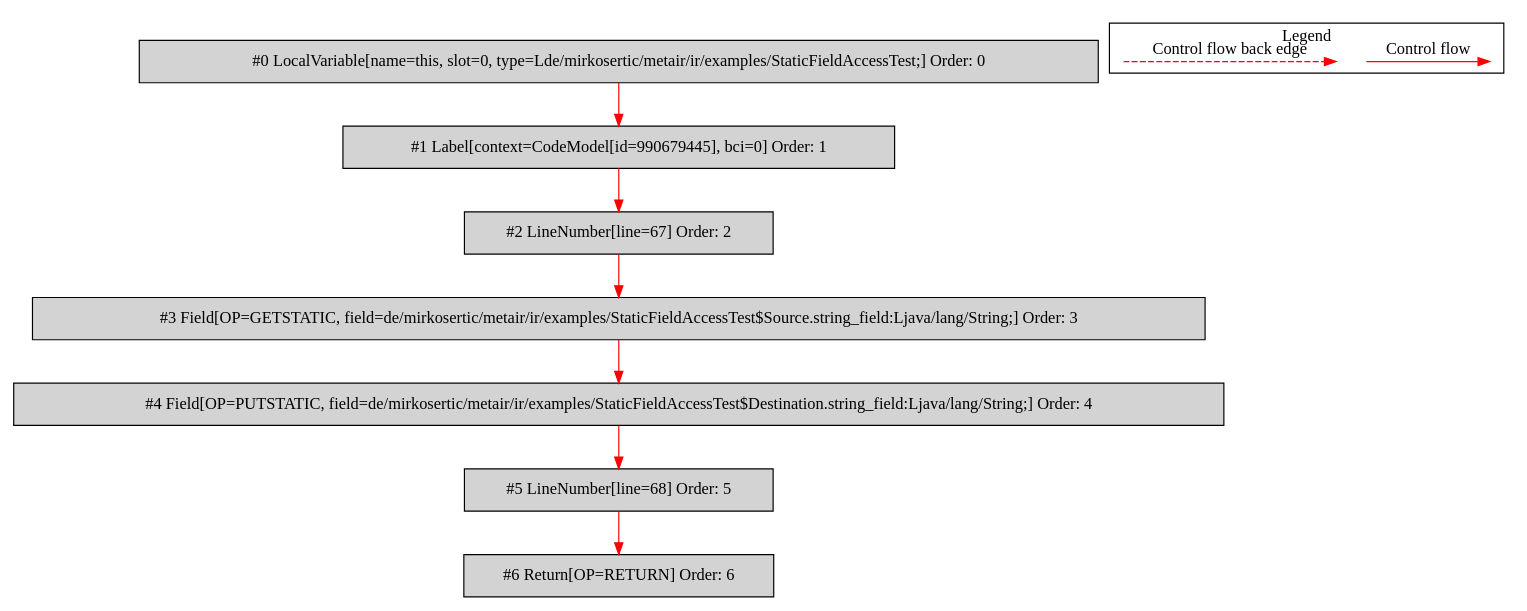
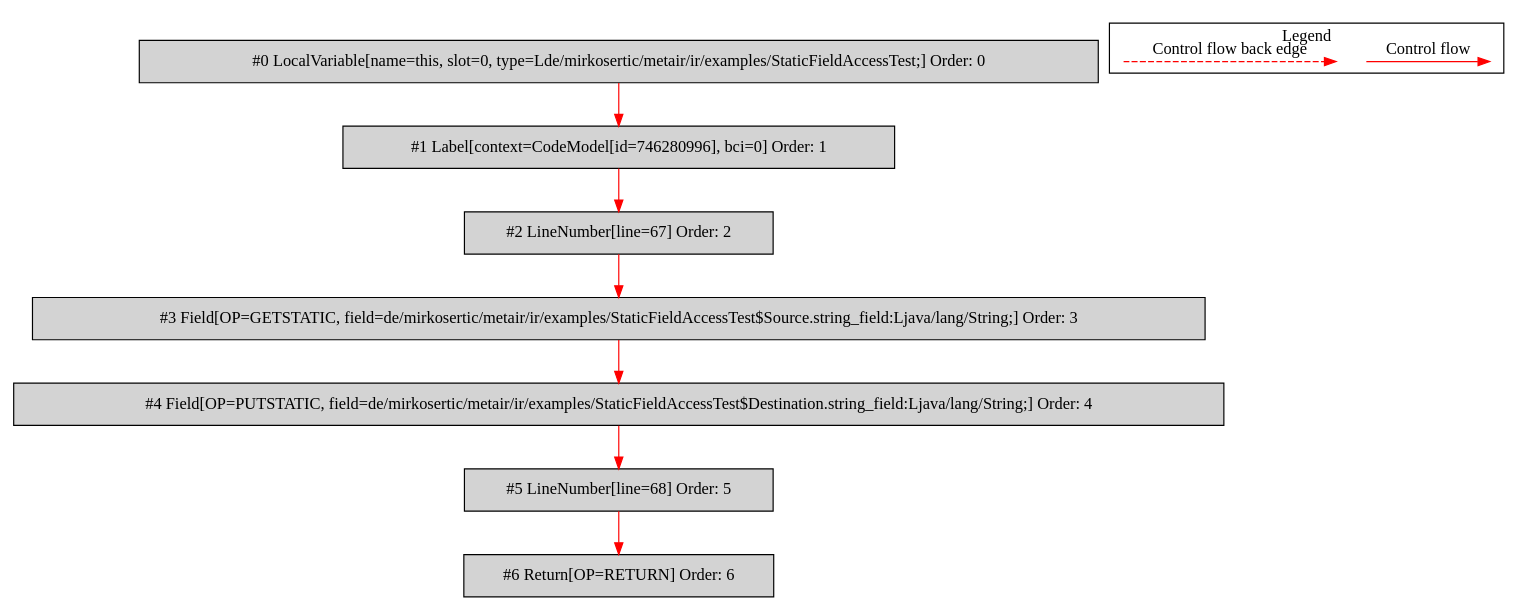
The diagram in de.mirkosertic.metair.ir.examples.StaticFieldAccessTest/copy_string/bytecodecfg.dot (mirkosertic/MetaIR), drawn with Graphviz before and after one commit. The commit also changed 868 other files, not shown here.

```diff
--- a/de.mirkosertic.metair.ir.examples.StaticFieldAccessTest/copy_string/bytecodecfg.dot
+++ b/de.mirkosertic.metair.ir.examples.StaticFieldAccessTest/copy_string/bytecodecfg.dot
@@ -1,30 +1,30 @@
 digraph {
  ordering="in";
  node0[label="#0 LocalVariable[name=this, slot=0, type=Lde/mirkosertic/metair/ir/examples/StaticFieldAccessTest;] Order: 0", shape=box, fillcolor=lightgrey, style=filled];
- node1[label="#1 Label[context=CodeModel[id=990679445], bci=0] Order: 1", shape=box, fillcolor=lightgrey, style=filled];
+ node1[label="#1 Label[context=CodeModel[id=746280996], bci=0] Order: 1", shape=box, fillcolor=lightgrey, style=filled];
  node2[label="#2 LineNumber[line=67] Order: 2", shape=box, fillcolor=lightgrey, style=filled];
  node3[label="#3 Field[OP=GETSTATIC, field=de/mirkosertic/metair/ir/examples/StaticFieldAccessTest$Source.string_field:Ljava/lang/String;] Order: 3", shape=box, fillcolor=lightgrey, style=filled];
  node4[label="#4 Field[OP=PUTSTATIC, field=de/mirkosertic/metair/ir/examples/StaticFieldAccessTest$Destination.string_field:Ljava/lang/String;] Order: 4", shape=box, fillcolor=lightgrey, style=filled];
  node5[label="#5 LineNumber[line=68] Order: 5", shape=box, fillcolor=lightgrey, style=filled];
  node6[label="#6 Return[OP=RETURN] Order: 6", shape=box, fillcolor=lightgrey, style=filled];
  node0 -> node1[color=red];
  node1 -> node2[color=red];
  node2 -> node3[color=red];
  node3 -> node4[color=red];
  node4 -> node5[color=red];
  node5 -> node6[color=red];
  subgraph cluster_000 {
   label = "Legend";
   node [shape=point]
   {
    rank=same;
    c0 [style = invis];
    c1 [style = invis];
    c2 [style = invis];
    c3 [style = invis];
   }
   c0 -> c1 [label="Control flow", style=solid, color=red]
   c2 -> c3 [label="Control flow back edge", style=dashed, color=red]
  }
 
 }
```
